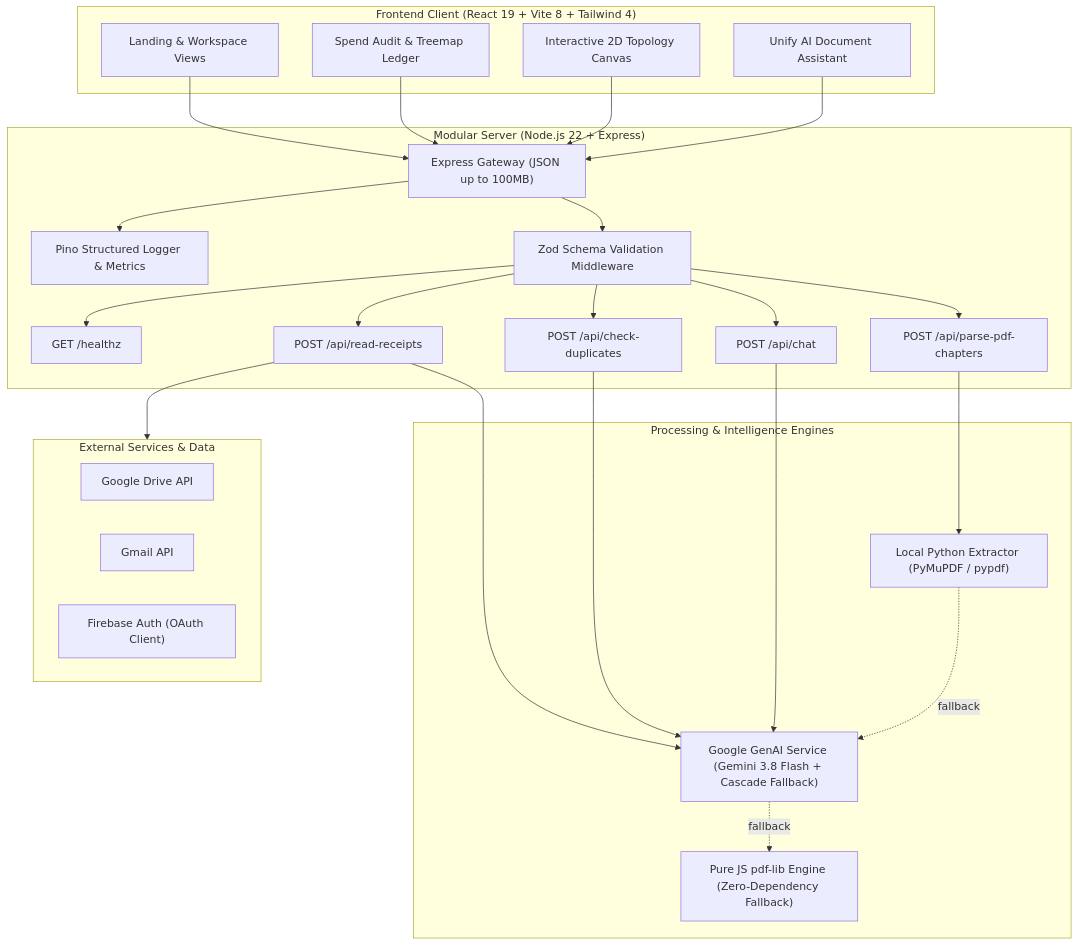
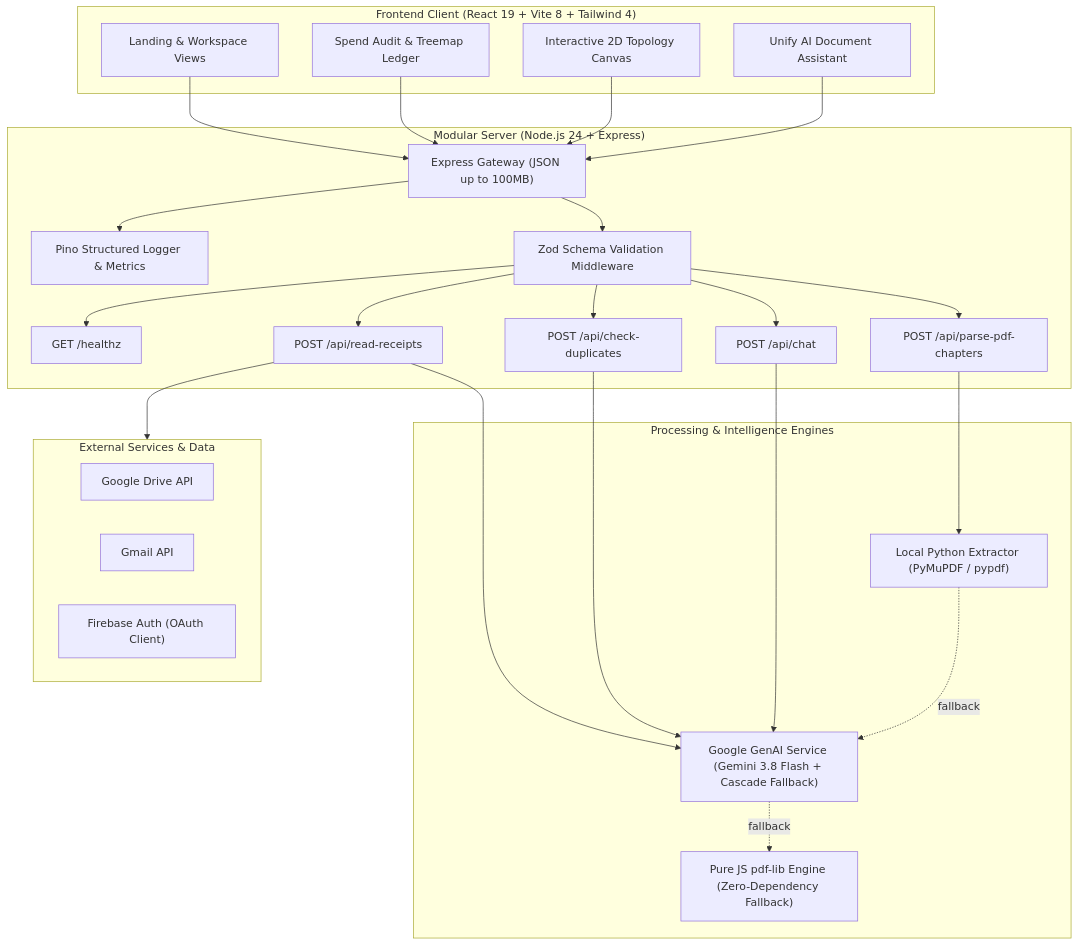
The diagram in README.md (Lokeshgandreddy81/OpenedUP), drawn with Mermaid before and after one commit. The commit also changed other lines of this file and 74 other files, not shown here.

Commit message:
chore: harden repository and improve roadmap loading

````diff
--- a/README.md
+++ b/README.md
@@ -18,55 +17,55 @@
 ```mermaid
 graph TD
     subgraph Client ["Frontend Client (React 19 + Vite 8 + Tailwind 4)"]
         UI["Landing & Workspace Views"]
         AuditView["Spend Audit & Treemap Ledger"]
         RoadmapCanvas["Interactive 2D Topology Canvas"]
         ChatInterface["Unify AI Document Assistant"]
     end
 
-    subgraph API ["Modular Server (Node.js 22 + Express)"]
+    subgraph API ["Modular Server (Node.js 24 + Express)"]
         Router["Express Gateway (JSON up to 100MB)"]
         Logger["Pino Structured Logger & Metrics"]
         Validator["Zod Schema Validation Middleware"]
         HealthRoute["GET /healthz"]
         ReceiptRoute["POST /api/read-receipts"]
         DuplicateRoute["POST /api/check-duplicates"]
         PdfRoute["POST /api/parse-pdf-chapters"]
         ChatRoute["POST /api/chat"]
     end
 
     subgraph Engines ["Processing & Intelligence Engines"]
         GeminiService["Google GenAI Service (Gemini 3.8 Flash + Cascade Fallback)"]
         PythonExtractor["Local Python Extractor (PyMuPDF / pypdf)"]
         PdfLibService["Pure JS pdf-lib Engine (Zero-Dependency Fallback)"]
     end
 
     subgraph Integrations ["External Services & Data"]
         GoogleDrive["Google Drive API"]
         Gmail["Gmail API"]
         FirebaseAuth["Firebase Auth (OAuth Client)"]
     end
 
     UI --> Router
     AuditView --> Router
     RoadmapCanvas --> Router
     ChatInterface --> Router
 
     Router --> Logger
     Router --> Validator
     Validator --> HealthRoute
     Validator --> ReceiptRoute
     Validator --> DuplicateRoute
     Validator --> PdfRoute
     Validator --> ChatRoute
 
     ReceiptRoute --> GeminiService
     DuplicateRoute --> GeminiService
     ChatRoute --> GeminiService
 
     PdfRoute --> PythonExtractor
     PythonExtractor -. fallback .-> GeminiService
     GeminiService -. fallback .-> PdfLibService
 
     ReceiptRoute --> Integrations
 ```
````
